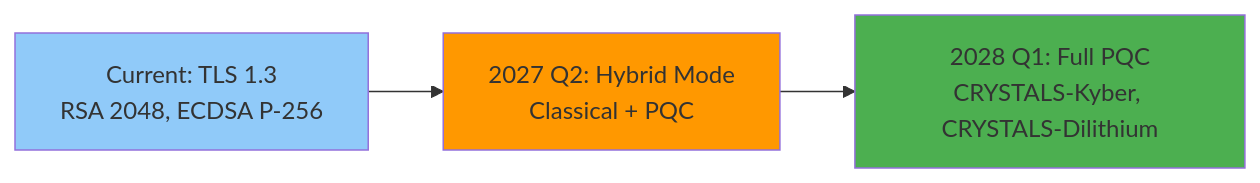
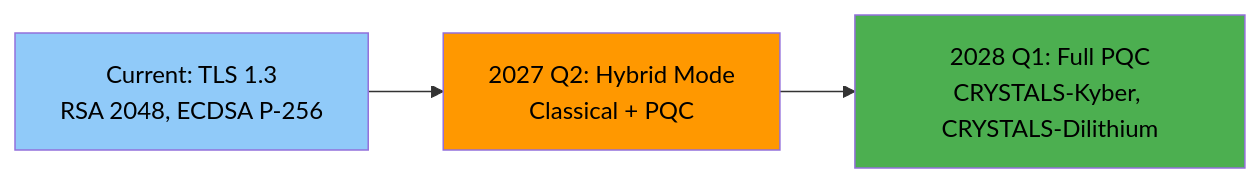
Before and after one commit to Hack23/riksdagsmonitor: the third of 9 diagrams in FUTURE_SECURITY_ARCHITECTURE.md, drawn with Mermaid. The commit also changed other lines of this file and 11 other files, not shown here.

First line of the commit message:
Fix broken mermaid diagrams: SWOT gantt, quadrantChart theming, init quotes, text colors

````diff
--- a/FUTURE_SECURITY_ARCHITECTURE.md
+++ b/FUTURE_SECURITY_ARCHITECTURE.md
@@ -235,9 +235,9 @@
 ```mermaid
 graph LR
     Current[Current: TLS 1.3<br/>RSA 2048, ECDSA P-256] --> Hybrid[2027 Q2: Hybrid Mode<br/>Classical + PQC]
     Hybrid --> Full[2028 Q1: Full PQC<br/>CRYSTALS-Kyber, CRYSTALS-Dilithium]
     
-    style Current fill:#90caf9
-    style Hybrid fill:#ff9800
-    style Full fill:#4caf50
+    style Current fill:#90caf9,color:#000000
+    style Hybrid fill:#ff9800,color:#000000
+    style Full fill:#4caf50,color:#000000
 ```
````
